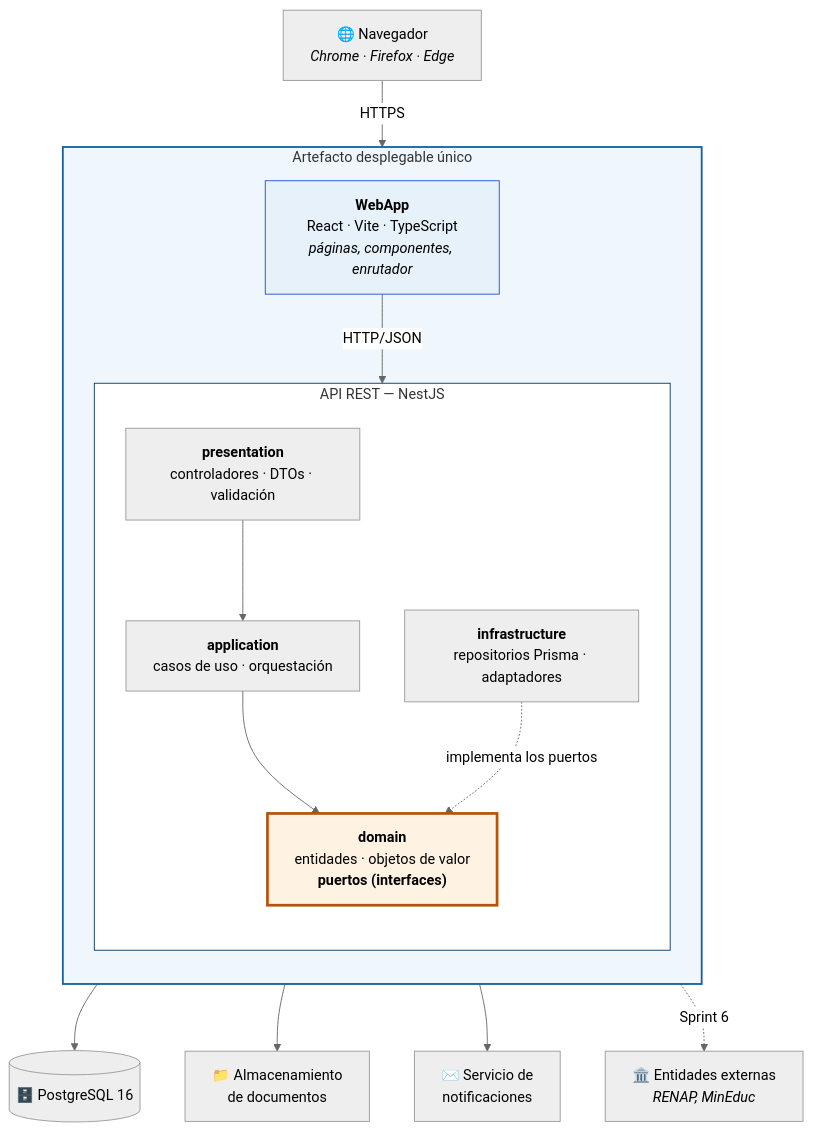
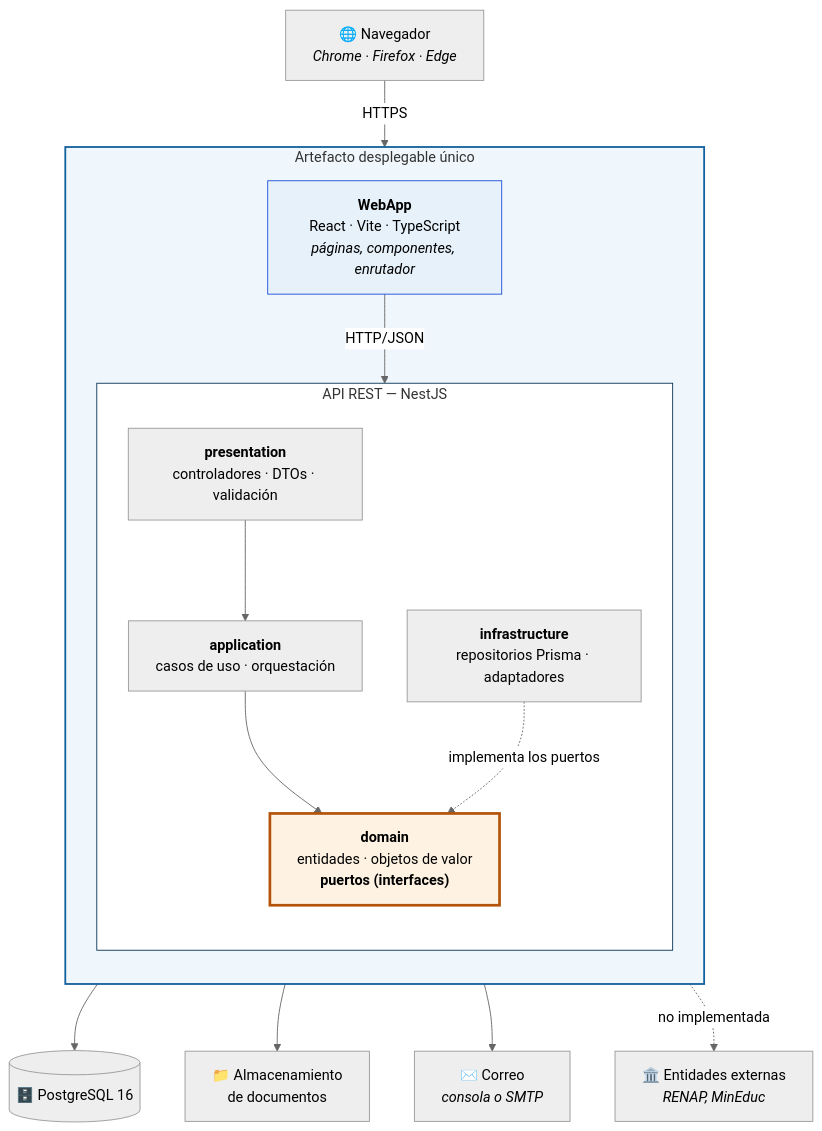
One commit to Isacasvas123/proyecto-becas changed the first of 3 diagrams in docs/diagramas/02-componentes.md. Above: the diagram before and after it, drawn with Mermaid (neutral theme). The commit also changed other lines of this file and 4 other files, not shown here.

Commit message:
docs: actualizar el diagrama de componentes con los nueve modulos, los puertos actuales y el despliegue real

````diff
--- a/docs/diagramas/02-componentes.md
+++ b/docs/diagramas/02-componentes.md
@@ -17,38 +17,38 @@
 ```mermaid
 flowchart TB
     NAV["🌐 Navegador<br/><i>Chrome · Firefox · Edge</i>"]
 
     subgraph DESPLIEGUE["Artefacto desplegable único"]
         direction TB
 
         WEB["<b>WebApp</b><br/>React · Vite · TypeScript<br/><i>páginas, componentes, enrutador</i>"]
 
         subgraph API["API REST — NestJS"]
             direction TB
             PRES["<b>presentation</b><br/>controladores · DTOs · validación"]
             APLI["<b>application</b><br/>casos de uso · orquestación"]
             DOMI["<b>domain</b><br/>entidades · objetos de valor<br/><b>puertos (interfaces)</b>"]
             INFR["<b>infrastructure</b><br/>repositorios Prisma · adaptadores"]
         end
     end
 
     BD[("🗄️ PostgreSQL 16")]
     ALM["📁 Almacenamiento<br/>de documentos"]
-    NOTI["✉️ Servicio de<br/>notificaciones"]
+    NOTI["✉️ Correo<br/><i>consola o SMTP</i>"]
     EXT["🏛️ Entidades externas<br/><i>RENAP, MinEduc</i>"]
 
     NAV -->|HTTPS| WEB
     WEB -->|"HTTP/JSON"| PRES
     PRES --> APLI
     APLI --> DOMI
     INFR -.->|implementa los puertos| DOMI
     INFR --> BD
     INFR --> ALM
     INFR --> NOTI
-    INFR -.->|Sprint 6| EXT
+    INFR -.->|no implementada| EXT
 
     style DOMI fill:#fef3e2,stroke:#b45309,stroke-width:3px
     style DESPLIEGUE fill:#f0f7fc,stroke:#12609c,stroke-width:2px
     style API fill:#ffffff,stroke:#0a3558
     style WEB fill:#e6f1fa,stroke:#1d4ed8
 ```
````
